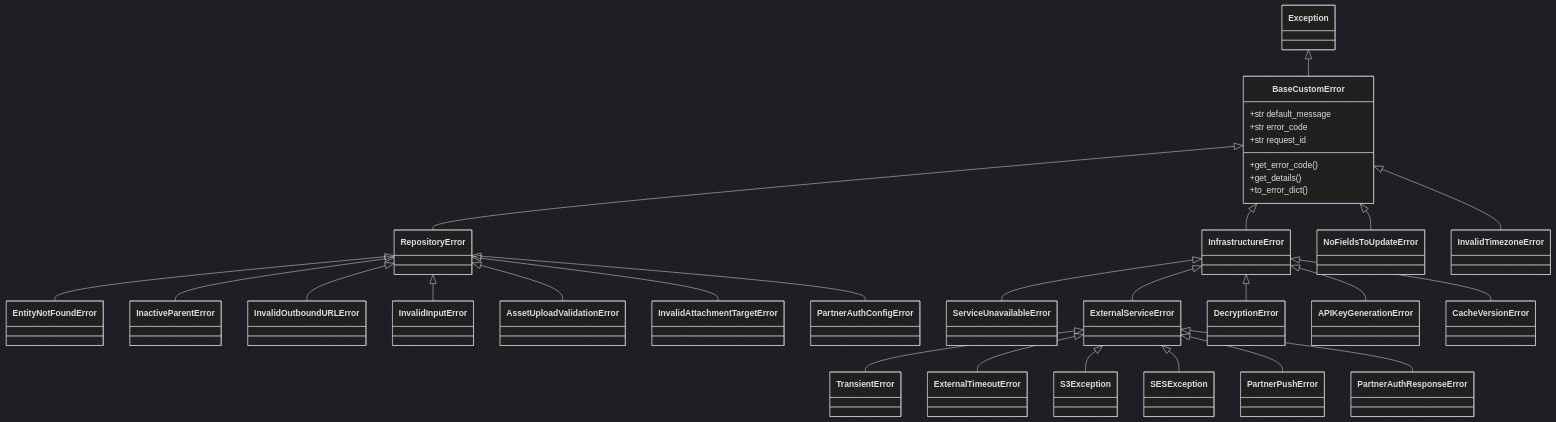
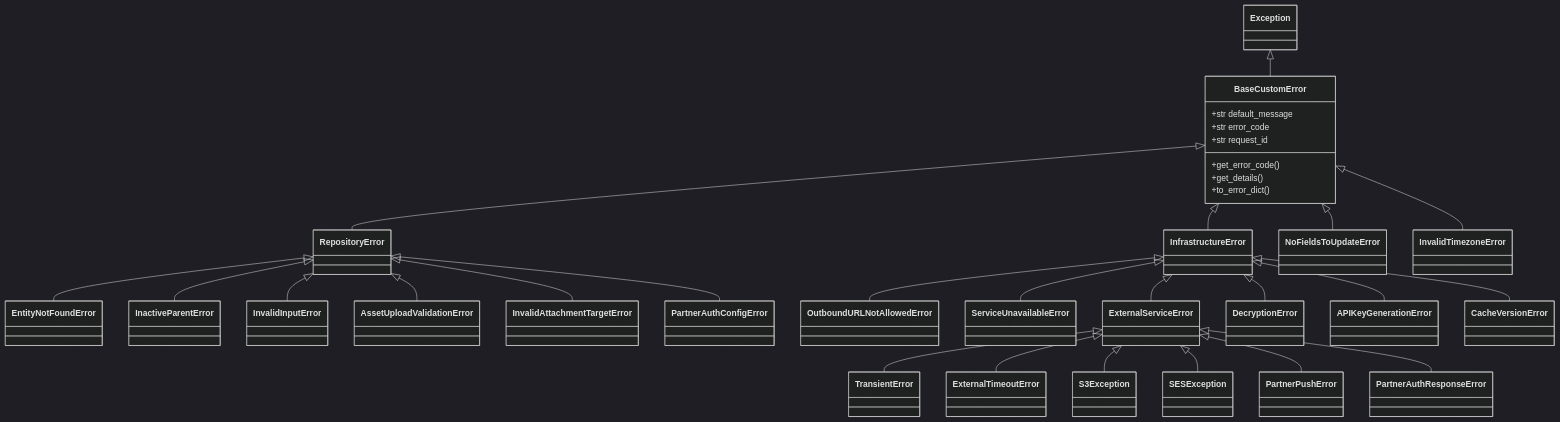
One commit to prajwalmahajan101/django_boilerplate changed the first of 2 diagrams in docs/exceptions.md. Above: the diagram before and after it, drawn with Mermaid (dark theme). The commit also changed other lines of this file and 8 other files, not shown here.

````diff
--- a/docs/exceptions.md
+++ b/docs/exceptions.md
@@ -33,38 +33,38 @@
 ```mermaid
 classDiagram
     Exception <|-- BaseCustomError
     BaseCustomError <|-- RepositoryError
     BaseCustomError <|-- InfrastructureError
     BaseCustomError <|-- NoFieldsToUpdateError
     BaseCustomError <|-- InvalidTimezoneError
 
     RepositoryError <|-- EntityNotFoundError
     RepositoryError <|-- InactiveParentError
-    RepositoryError <|-- InvalidOutboundURLError
     RepositoryError <|-- InvalidInputError
+    InfrastructureError <|-- OutboundURLNotAllowedError
     RepositoryError <|-- AssetUploadValidationError
     RepositoryError <|-- InvalidAttachmentTargetError
     RepositoryError <|-- PartnerAuthConfigError
 
     InfrastructureError <|-- ServiceUnavailableError
     InfrastructureError <|-- ExternalServiceError
     InfrastructureError <|-- DecryptionError
     InfrastructureError <|-- APIKeyGenerationError
     InfrastructureError <|-- CacheVersionError
 
     ExternalServiceError <|-- TransientError
     ExternalServiceError <|-- ExternalTimeoutError
     ExternalServiceError <|-- S3Exception
     ExternalServiceError <|-- SESException
     ExternalServiceError <|-- PartnerPushError
     ExternalServiceError <|-- PartnerAuthResponseError
 
     class BaseCustomError {
       +str default_message
       +str error_code
       +str request_id
       +get_error_code()
       +get_details()
       +to_error_dict()
     }
 ```
````
